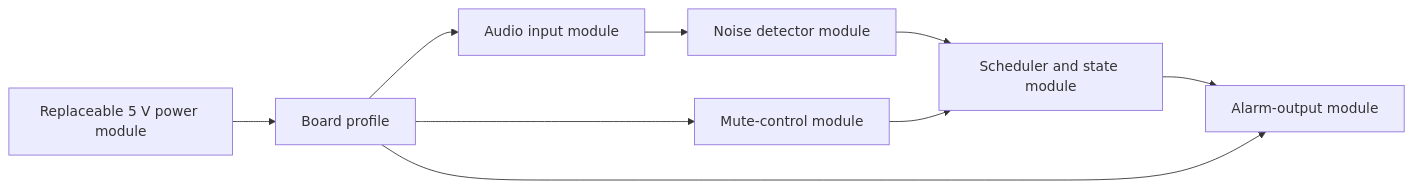
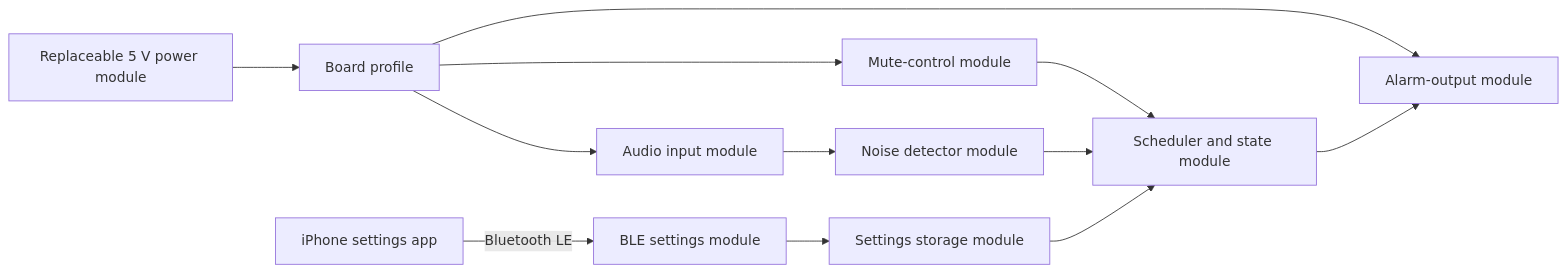
Before and after one commit to tubededentifrice/espnoise: the second of 3 diagrams in docs/architecture.md, drawn with Mermaid. The commit also changed other lines of this file and 36 other files, not shown here.

Commit message:
Add the ESPNoise iPhone settings app

````diff
--- a/docs/architecture.md
+++ b/docs/architecture.md
@@ -20,11 +20,14 @@
 ```mermaid
 flowchart LR
   POWER["Replaceable 5 V power module"] --> BOARD["Board profile"]
   MIC["Audio input module"] --> DETECT["Noise detector module"]
   DETECT --> STATE["Scheduler and state module"]
   BUTTON["Mute-control module"] --> STATE
+  PHONE["iPhone settings app"] -->|"Bluetooth LE"| BLE["BLE settings module"]
+  BLE --> STORE["Settings storage module"]
+  STORE --> STATE
   STATE --> OUTPUT["Alarm-output module"]
   BOARD --> MIC
   BOARD --> BUTTON
   BOARD --> OUTPUT
 ```
````
